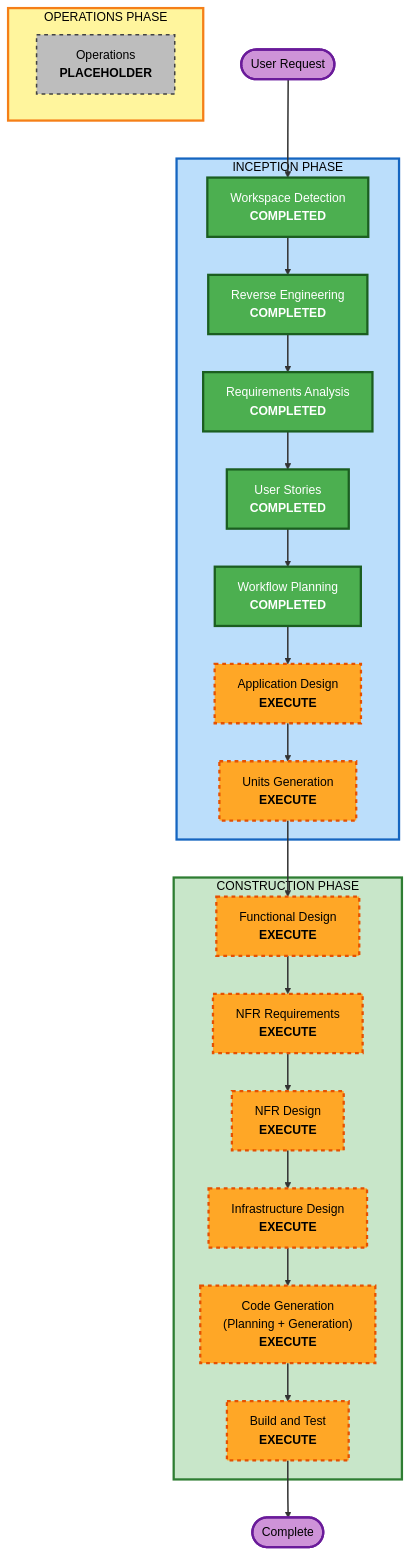
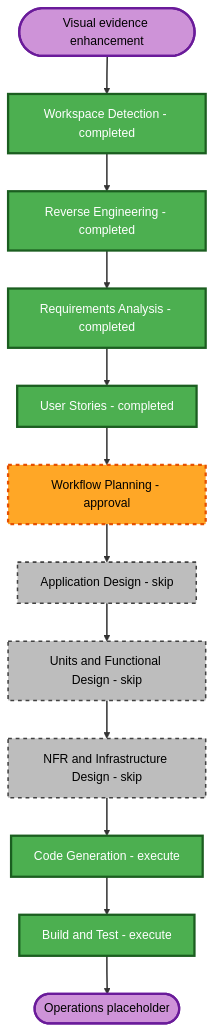
The diagram in aidlc-docs/inception/plans/execution-plan.md (ngtuangialinh-del/ngtuangialinh.github.io), drawn with Mermaid before and after one commit. The commit also changed other lines of this file and 268 other files, not shown here.

````diff
--- a/aidlc-docs/inception/plans/execution-plan.md
+++ b/aidlc-docs/inception/plans/execution-plan.md
@@ -100,64 +83,33 @@
 ```mermaid
 flowchart TD
-    Start(["User Request"])
+    Start(["Visual evidence enhancement"])
+    WD["Workspace Detection - completed"]
+    RE["Reverse Engineering - completed"]
+    RA["Requirements Analysis - completed"]
+    US["User Stories - completed"]
+    WP["Workflow Planning - approval"]
+    AD["Application Design - skip"]
+    UG["Units and Functional Design - skip"]
+    NFR["NFR and Infrastructure Design - skip"]
+    CG["Code Generation - execute"]
+    BT["Build and Test - execute"]
+    End(["Operations placeholder"])
 
-    subgraph INCEPTION["INCEPTION PHASE"]
-        WD["Workspace Detection<br/><b>COMPLETED</b>"]
-        RE["Reverse Engineering<br/><b>COMPLETED</b>"]
-        RA["Requirements Analysis<br/><b>COMPLETED</b>"]
-        US["User Stories<br/><b>COMPLETED</b>"]
-        WP["Workflow Planning<br/><b>COMPLETED</b>"]
-        AD["Application Design<br/><b>EXECUTE</b>"]
-        UG["Units Generation<br/><b>EXECUTE</b>"]
-    end
+    Start --> WD --> RE --> RA --> US --> WP
+    WP --> AD --> UG --> NFR --> CG --> BT --> End
 
-    subgraph CONSTRUCTION["CONSTRUCTION PHASE"]
-        FD["Functional Design<br/><b>EXECUTE</b>"]
-        NFRA["NFR Requirements<br/><b>EXECUTE</b>"]
-        NFRD["NFR Design<br/><b>EXECUTE</b>"]
-        ID["Infrastructure Design<br/><b>EXECUTE</b>"]
-        CG["Code Generation<br/>(Planning + Generation)<br/><b>EXECUTE</b>"]
-        BT["Build and Test<br/><b>EXECUTE</b>"]
-    end
-
-    subgraph OPERATIONS["OPERATIONS PHASE"]
-        OPS["Operations<br/><b>PLACEHOLDER</b>"]
-    end
-
-    Start --> WD
-    WD --> RE
-    RE --> RA
-    RA --> US
-    US --> WP
-    WP --> AD
-    AD --> UG
-    UG --> FD
-    FD --> NFRA
-    NFRA --> NFRD
-    NFRD --> ID
-    ID --> CG
-    CG --> BT
-    BT --> End(["Complete"])
-
+    style Start fill:#CE93D8,stroke:#6A1B9A,stroke-width:3px,color:#000
     style WD fill:#4CAF50,stroke:#1B5E20,stroke-width:3px,color:#fff
     style RE fill:#4CAF50,stroke:#1B5E20,stroke-width:3px,color:#fff
     style RA fill:#4CAF50,stroke:#1B5E20,stroke-width:3px,color:#fff
     style US fill:#4CAF50,stroke:#1B5E20,stroke-width:3px,color:#fff
-    style WP fill:#4CAF50,stroke:#1B5E20,stroke-width:3px,color:#fff
-    style AD fill:#FFA726,stroke:#E65100,stroke-width:3px,stroke-dasharray: 5 5,color:#000
-    style UG fill:#FFA726,stroke:#E65100,stroke-width:3px,stroke-dasharray: 5 5,color:#000
-    style FD fill:#FFA726,stroke:#E65100,stroke-width:3px,stroke-dasharray: 5 5,color:#000
-    style NFRA fill:#FFA726,stroke:#E65100,stroke-width:3px,stroke-dasharray: 5 5,color:#000
-    style NFRD fill:#FFA726,stroke:#E65100,stroke-width:3px,stroke-dasharray: 5 5,color:#000
-    style ID fill:#FFA726,stroke:#E65100,stroke-width:3px,stroke-dasharray: 5 5,color:#000
-    style CG fill:#FFA726,stroke:#E65100,stroke-width:3px,stroke-dasharray: 5 5,color:#000
-    style BT fill:#FFA726,stroke:#E65100,stroke-width:3px,stroke-dasharray: 5 5,color:#000
-    style OPS fill:#BDBDBD,stroke:#424242,stroke-width:2px,stroke-dasharray: 5 5,color:#000
-    style Start fill:#CE93D8,stroke:#6A1B9A,stroke-width:3px,color:#000
+    style WP fill:#FFA726,stroke:#E65100,stroke-width:3px,stroke-dasharray:5 5,color:#000
+    style AD fill:#BDBDBD,stroke:#424242,stroke-width:2px,stroke-dasharray:5 5,color:#000
+    style UG fill:#BDBDBD,stroke:#424242,stroke-width:2px,stroke-dasharray:5 5,color:#000
+    style NFR fill:#BDBDBD,stroke:#424242,stroke-width:2px,stroke-dasharray:5 5,color:#000
+    style CG fill:#4CAF50,stroke:#1B5E20,stroke-width:3px,color:#fff
+    style BT fill:#4CAF50,stroke:#1B5E20,stroke-width:3px,color:#fff
     style End fill:#CE93D8,stroke:#6A1B9A,stroke-width:3px,color:#000
-    style INCEPTION fill:#BBDEFB,stroke:#1565C0,stroke-width:3px,color:#000
-    style CONSTRUCTION fill:#C8E6C9,stroke:#2E7D32,stroke-width:3px,color:#000
-    style OPERATIONS fill:#FFF59D,stroke:#F57F17,stroke-width:3px,color:#000
 
     linkStyle default stroke:#333,stroke-width:2px
 ```
````
